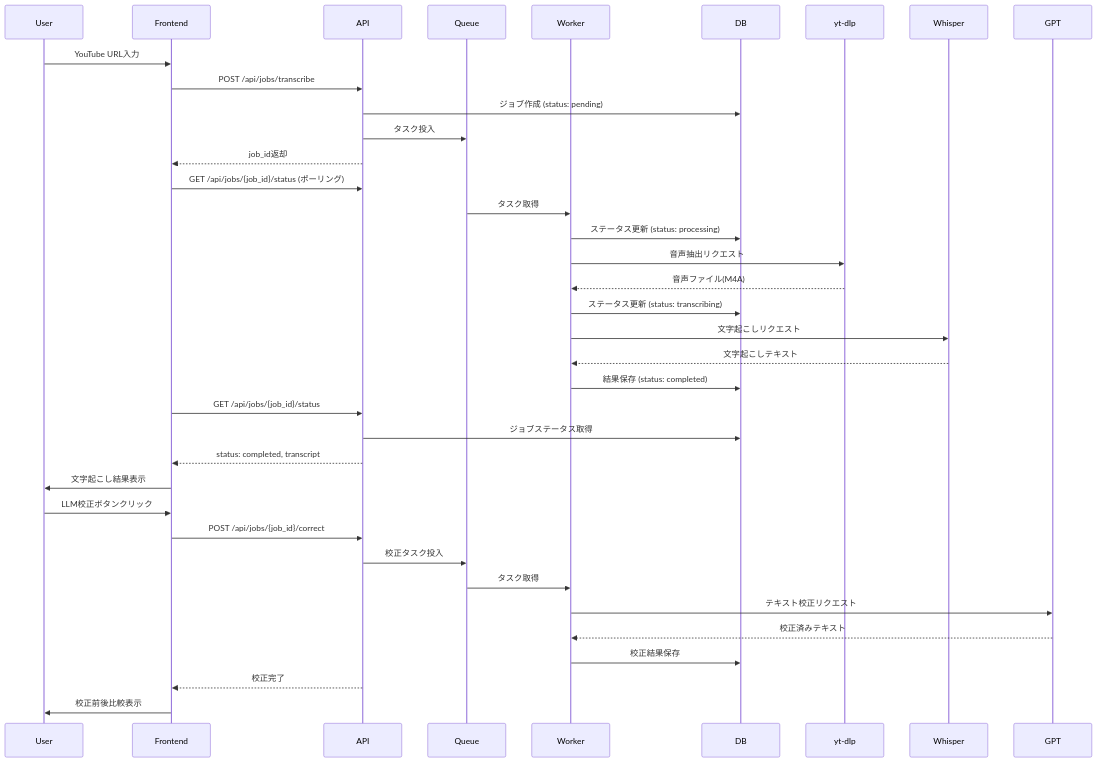
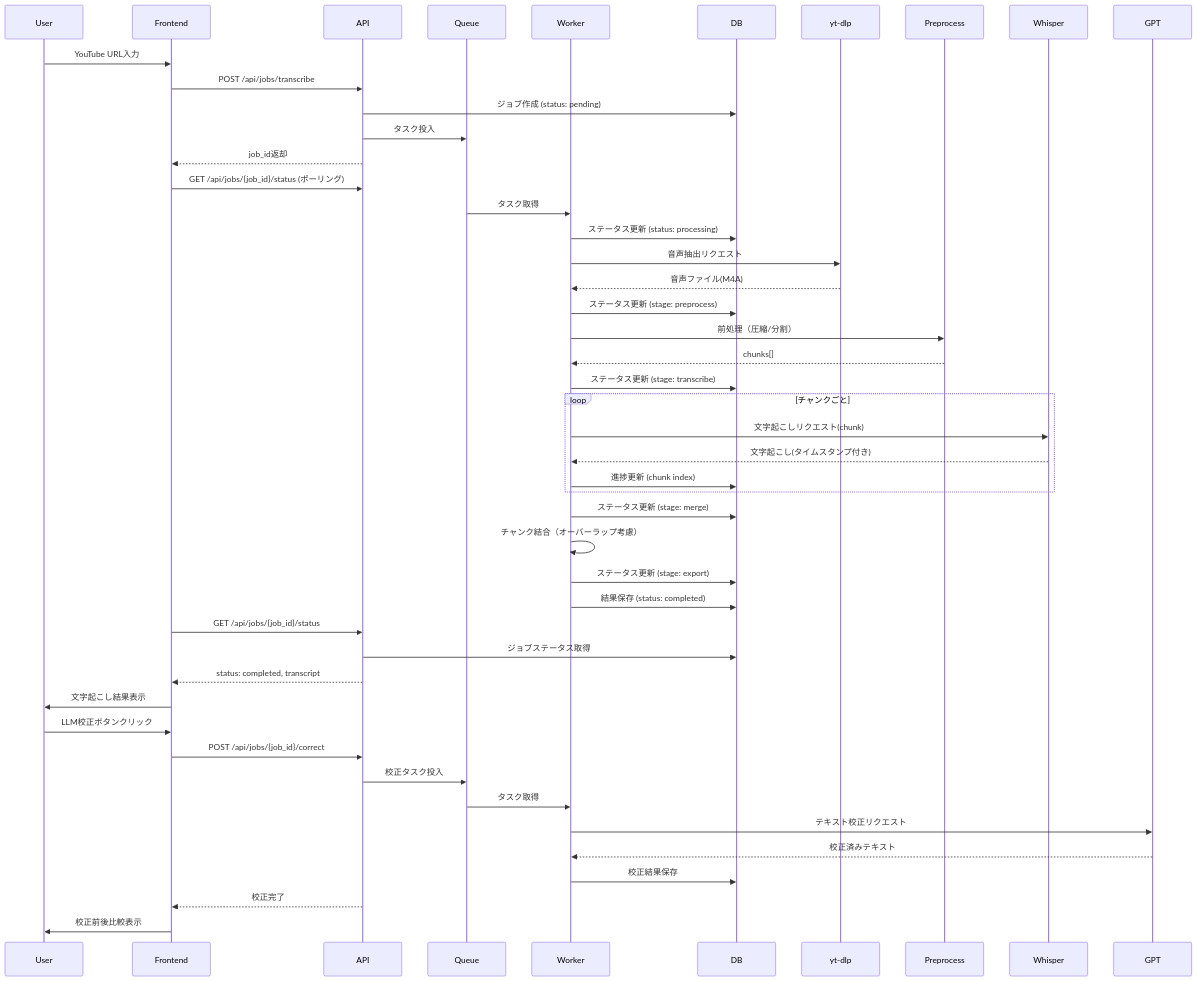
One commit to unikarei/PoC0106_CC-SDD_YoutubeTranscript changed the second of 3 diagrams in .kiro/specs/youtube-transcription/design.md. Above: the diagram before and after it, drawn with Mermaid. The commit also changed other lines of this file and 29 other files, not shown here.

````diff
--- a/.kiro/specs/youtube-transcription/design.md
+++ b/.kiro/specs/youtube-transcription/design.md
@@ -95,43 +95,53 @@
 ```mermaid
 sequenceDiagram
     participant User
     participant Frontend
     participant API
     participant Queue
     participant Worker
     participant DB
     participant yt-dlp
+    participant Preprocess
     participant Whisper
     participant GPT
 
     User->>Frontend: YouTube URL入力
     Frontend->>API: POST /api/jobs/transcribe
     API->>DB: ジョブ作成 (status: pending)
     API->>Queue: タスク投入
     API-->>Frontend: job_id返却
     Frontend->>API: GET /api/jobs/{job_id}/status (ポーリング)
     
     Queue->>Worker: タスク取得
     Worker->>DB: ステータス更新 (status: processing)
     Worker->>yt-dlp: 音声抽出リクエスト
     yt-dlp-->>Worker: 音声ファイル(M4A)
-    Worker->>DB: ステータス更新 (status: transcribing)
-    Worker->>Whisper: 文字起こしリクエスト
-    Whisper-->>Worker: 文字起こしテキスト
+    Worker->>DB: ステータス更新 (stage: preprocess)
+    Worker->>Preprocess: 前処理（圧縮/分割）
+    Preprocess-->>Worker: chunks[]
+    Worker->>DB: ステータス更新 (stage: transcribe)
+    loop チャンクごと
+        Worker->>Whisper: 文字起こしリクエスト(chunk)
+        Whisper-->>Worker: 文字起こし(タイムスタンプ付き)
+        Worker->>DB: 進捗更新 (chunk index)
+    end
+    Worker->>DB: ステータス更新 (stage: merge)
+    Worker->>Worker: チャンク結合（オーバーラップ考慮）
+    Worker->>DB: ステータス更新 (stage: export)
     Worker->>DB: 結果保存 (status: completed)
     
     Frontend->>API: GET /api/jobs/{job_id}/status
     API->>DB: ジョブステータス取得
     API-->>Frontend: status: completed, transcript
     Frontend->>User: 文字起こし結果表示
     
     User->>Frontend: LLM校正ボタンクリック
     Frontend->>API: POST /api/jobs/{job_id}/correct
     API->>Queue: 校正タスク投入
     Queue->>Worker: タスク取得
     Worker->>GPT: テキスト校正リクエスト
     GPT-->>Worker: 校正済みテキスト
     Worker->>DB: 校正結果保存
     API-->>Frontend: 校正完了
     Frontend->>User: 校正前後比較表示
 ```
````
